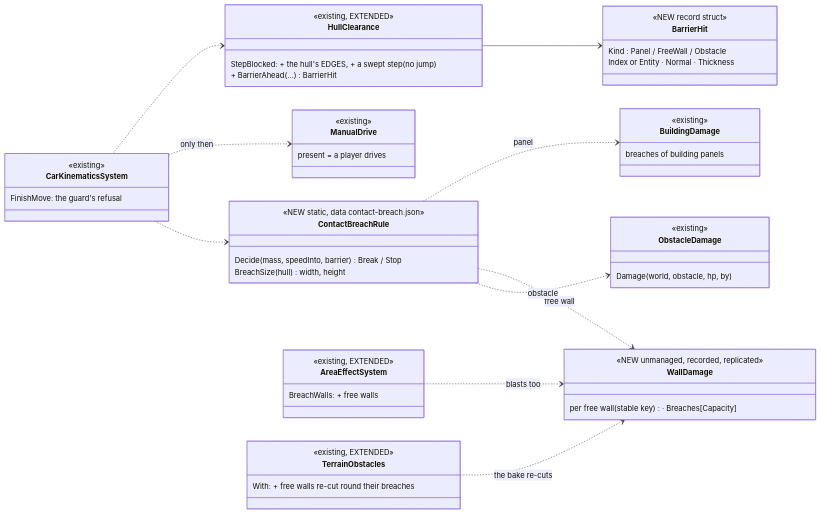
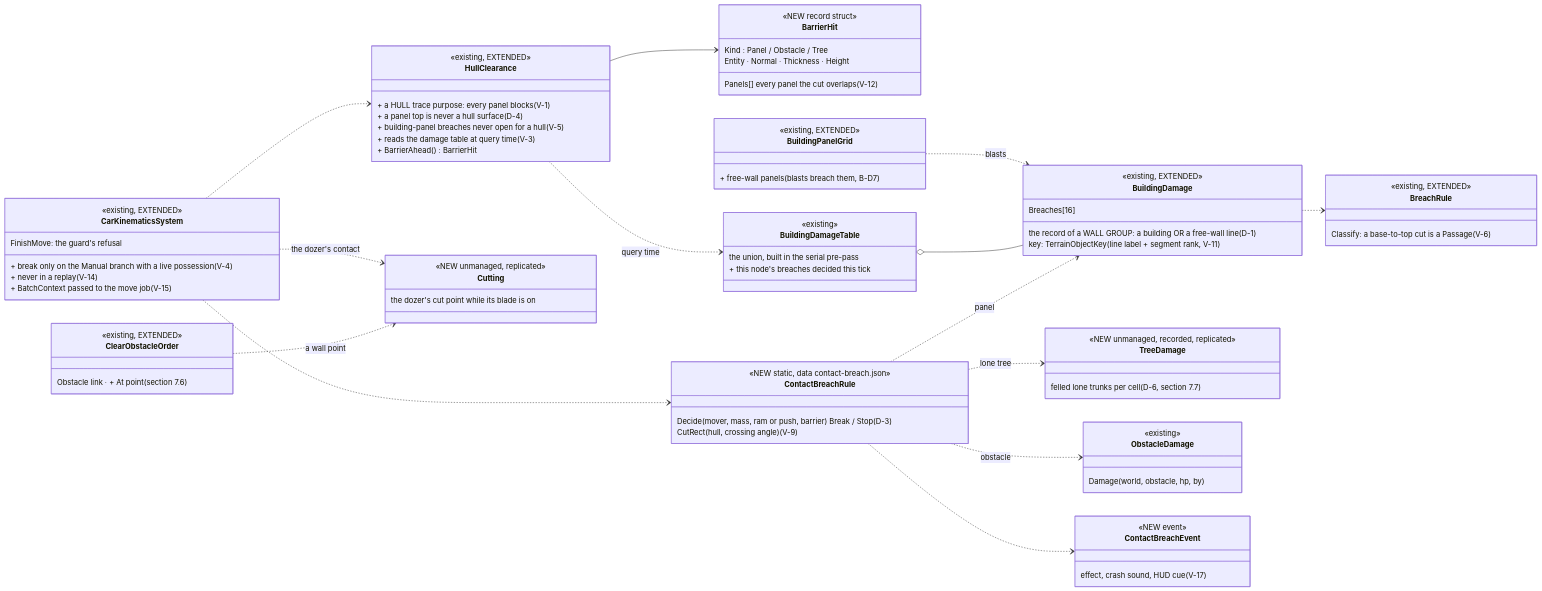
Before and after one commit to pjanec/HROT: the first of 5 diagrams in docs/DESIGN_Vehicle_Breaching.md, drawn with Mermaid. The commit also changed other lines of this file and 9 other files, not shown here.

````diff
--- a/docs/DESIGN_Vehicle_Breaching.md
+++ b/docs/DESIGN_Vehicle_Breaching.md
@@ -52,56 +54,82 @@
 ```mermaid
 classDiagram
   direction LR
   class CarKinematicsSystem {
-    <<existing>>
+    <<existing, EXTENDED>>
     FinishMove: the guard's refusal
+    + break only on the Manual branch with a live possession (V-4)
+    + never in a replay (V-14)
+    + BatchContext passed to the move job (V-15)
   }
   class HullClearance {
     <<existing, EXTENDED>>
-    StepBlocked: + the hull's EDGES, + a swept step (no jump)
-    + BarrierAhead(...) BarrierHit
+    + a HULL trace purpose: every panel blocks (V-1)
+    + a panel top is never a hull surface (D-4)
+    + building-panel breaches never open for a hull (V-5)
+    + reads the damage table at query time (V-3)
+    + BarrierAhead() BarrierHit
   }
   class BarrierHit {
     <<NEW record struct>>
-    Kind : Panel / FreeWall / Obstacle
-    Index or Entity · Normal · Thickness
+    Kind : Panel / Obstacle / Tree
+    Panels[] every panel the cut overlaps (V-12)
+    Entity · Normal · Thickness · Height
   }
   class ContactBreachRule {
     <<NEW static, data contact-breach.json>>
-    Decide(mass, speedInto, barrier) Break / Stop
-    BreachSize(hull) width, height
-  }
-  class ManualDrive {
-    <<existing>>
-    present = a player drives
+    Decide(mover, mass, ram or push, barrier) Break / Stop (D-3)
+    CutRect(hull, crossing angle) (V-9)
   }
   class BuildingDamage {
+    <<existing, EXTENDED>>
+    the record of a WALL GROUP: a building OR a free-wall line (D-1)
+    key: TerrainObjectKey (line label + segment rank, V-11)
+    Breaches[16]
+  }
+  class BuildingDamageTable {
     <<existing>>
-    breaches of building panels
+    the union, built in the serial pre-pass
+    + this node's breaches decided this tick
   }
-  class WallDamage {
+  class BreachRule {
+    <<existing, EXTENDED>>
+    Classify: a base-to-top cut is a Passage (V-6)
+  }
+  class BuildingPanelGrid {
+    <<existing, EXTENDED>>
+    + free-wall panels (blasts breach them, B-D7)
+  }
+  class TreeDamage {
     <<NEW unmanaged, recorded, replicated>>
-    per free wall (stable key) · Breaches[Capacity]
+    felled lone trunks per cell (D-6, section 7.7)
   }
   class ObstacleDamage {
     <<existing>>
     Damage(world, obstacle, hp, by)
   }
-  class AreaEffectSystem {
+  class ContactBreachEvent {
+    <<NEW event>>
+    effect, crash sound, HUD cue (V-17)
+  }
+  class ClearObstacleOrder {
     <<existing, EXTENDED>>
-    BreachWalls: + free walls
+    Obstacle link · + At point (section 7.6)
   }
-  class TerrainObstacles {
-    <<existing, EXTENDED>>
-    With: + free walls re-cut round their breaches
+  class Cutting {
+    <<NEW unmanaged, replicated>>
+    the dozer's cut point while its blade is on
   }
   CarKinematicsSystem ..> HullClearance
   HullClearance --> BarrierHit
-  CarKinematicsSystem ..> ManualDrive : only then
+  HullClearance ..> BuildingDamageTable : query time
   CarKinematicsSystem ..> ContactBreachRule
   ContactBreachRule ..> BuildingDamage : panel
-  ContactBreachRule ..> WallDamage : free wall
   ContactBreachRule ..> ObstacleDamage : obstacle
-  AreaEffectSystem ..> WallDamage : blasts too
-  TerrainObstacles ..> WallDamage : the bake re-cuts
+  ContactBreachRule ..> TreeDamage : lone tree
+  ContactBreachRule ..> ContactBreachEvent
+  BuildingDamage ..> BreachRule
+  BuildingDamageTable o-- BuildingDamage
+  BuildingPanelGrid ..> BuildingDamage : blasts
+  ClearObstacleOrder ..> Cutting : a wall point
+  CarKinematicsSystem ..> Cutting : the dozer's contact
 ```
````
